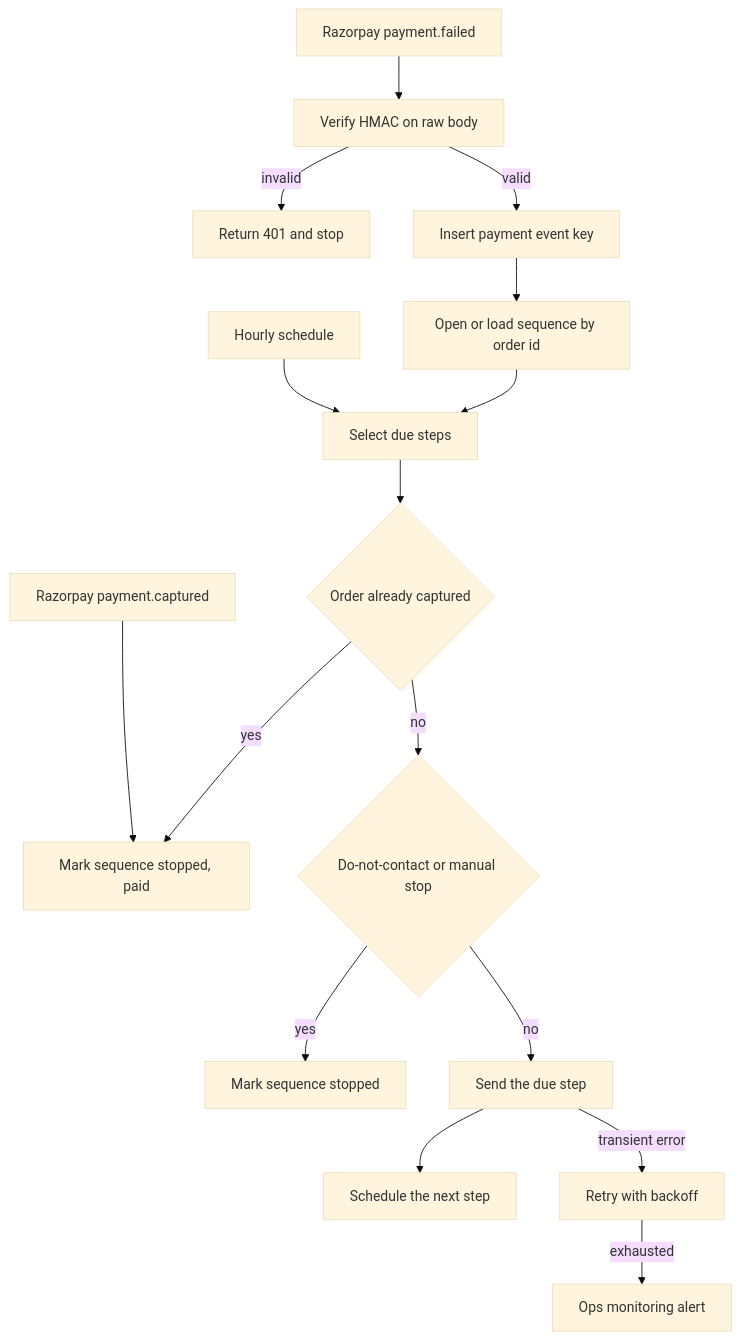
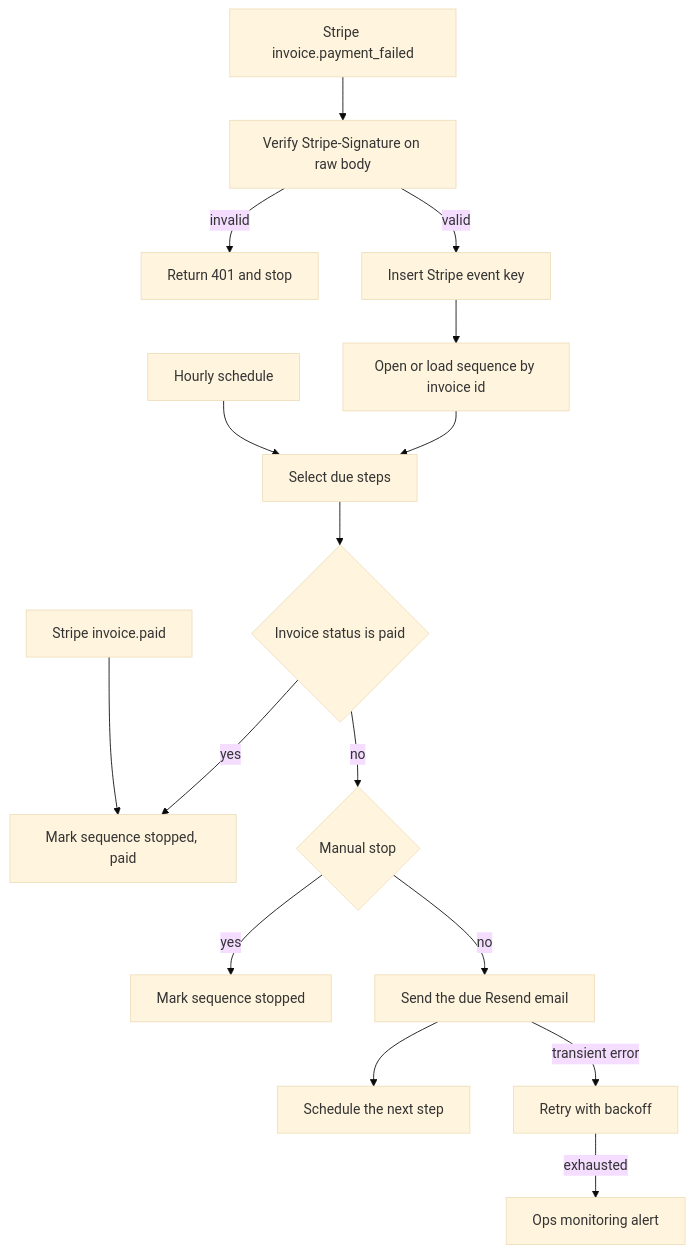
The diagram in workflows/05-failed-payment-recovery/README.md (Raghavdeora27/ai-automation-portfolio), drawn with Mermaid (base theme) before and after one commit. The commit also changed other lines of this file and 65 other files, not shown here.

````diff
--- a/workflows/05-failed-payment-recovery/README.md
+++ b/workflows/05-failed-payment-recovery/README.md
@@ -54,18 +68,18 @@
 ```mermaid
 flowchart TD
-  failed["Razorpay payment.failed"] --> verify["Verify HMAC on raw body"]
+  failed["Stripe invoice.payment_failed"] --> verify["Verify Stripe-Signature on raw body"]
   verify -->|invalid| reject["Return 401 and stop"]
-  verify -->|valid| eventKey["Insert payment event key"]
-  eventKey --> sequence["Open or load sequence by order id"]
-  captured["Razorpay payment.captured"] --> stopPaid["Mark sequence stopped, paid"]
+  verify -->|valid| eventKey["Insert Stripe event key"]
+  eventKey --> sequence["Open or load sequence by invoice id"]
+  paid["Stripe invoice.paid"] --> stopPaid["Mark sequence stopped, paid"]
   schedule["Hourly schedule"] --> due["Select due steps"]
   sequence --> due
-  due --> paidCheck{"Order already captured"}
+  due --> paidCheck{"Invoice status is paid"}
   paidCheck -->|yes| stopPaid
-  paidCheck -->|no| consent{"Do-not-contact or manual stop"}
-  consent -->|yes| stopOther["Mark sequence stopped"]
-  consent -->|no| send["Send the due step"]
+  paidCheck -->|no| manual{"Manual stop"}
+  manual -->|yes| stopOther["Mark sequence stopped"]
+  manual -->|no| send["Send the due Resend email"]
   send --> next["Schedule the next step"]
   send -->|transient error| retry["Retry with backoff"]
   retry -->|exhausted| alert["Ops monitoring alert"]
 ```
````
